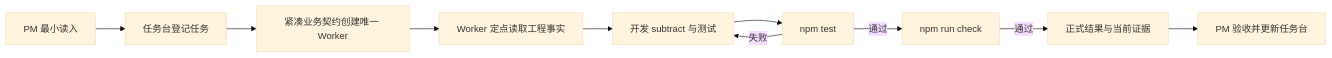
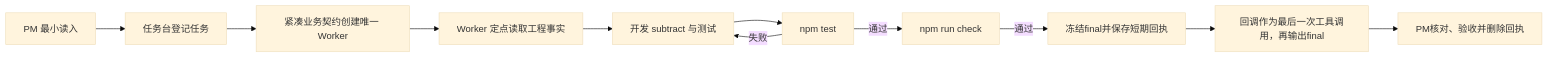
Before and after one commit to adubeyond/beyond-ai-collaboration: the diagram in docs/快速开始.md, drawn with Mermaid (base theme). The commit also changed other lines of this file and 3 other files, not shown here.

````diff
--- a/docs/快速开始.md
+++ b/docs/快速开始.md
@@ -112,12 +112,13 @@
 ```mermaid
 flowchart LR
     A["PM 最小读入"] --> B["任务台登记任务"]
     B --> C["紧凑业务契约创建唯一 Worker"]
     C --> D["Worker 定点读取工程事实"]
     D --> E["开发 subtract 与测试"]
     E --> F["npm test"]
     F -->|"失败"| E
     F -->|"通过"| G["npm run check"]
-    G -->|"通过"| H["正式结果与当前证据"]
-    H --> I["PM 验收并更新任务台"]
+    G -->|"通过"| H["冻结final并保存短期回执"]
+    H --> J["回调作为最后一次工具调用，再输出final"]
+    J --> I["PM核对、验收并删除回执"]
 ```
````
